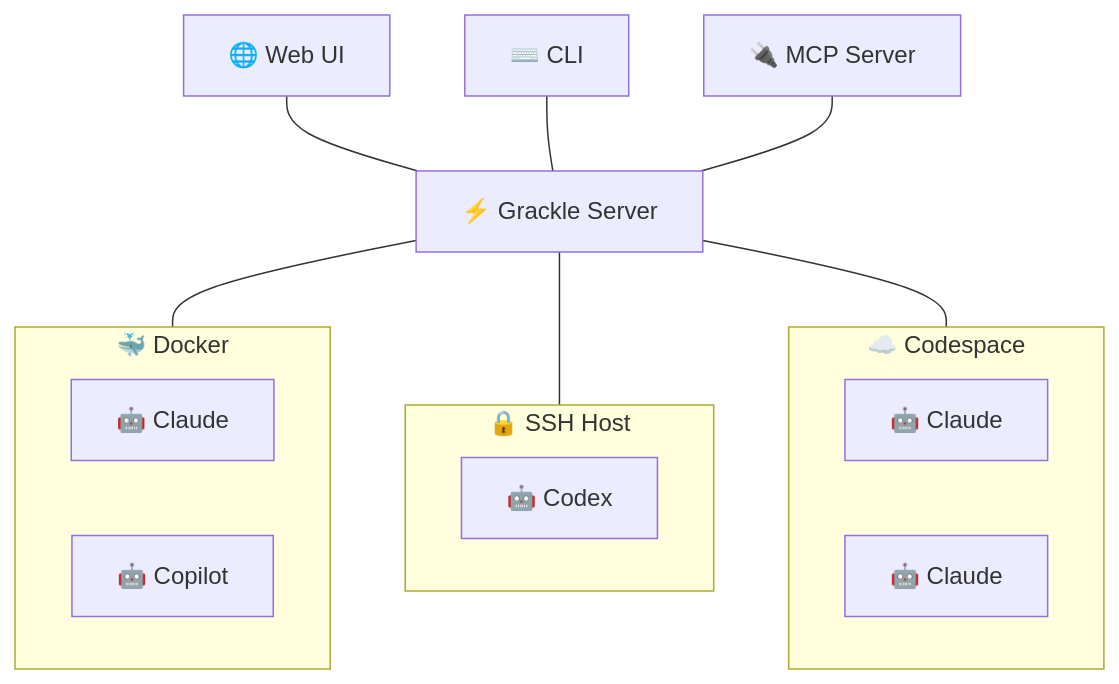
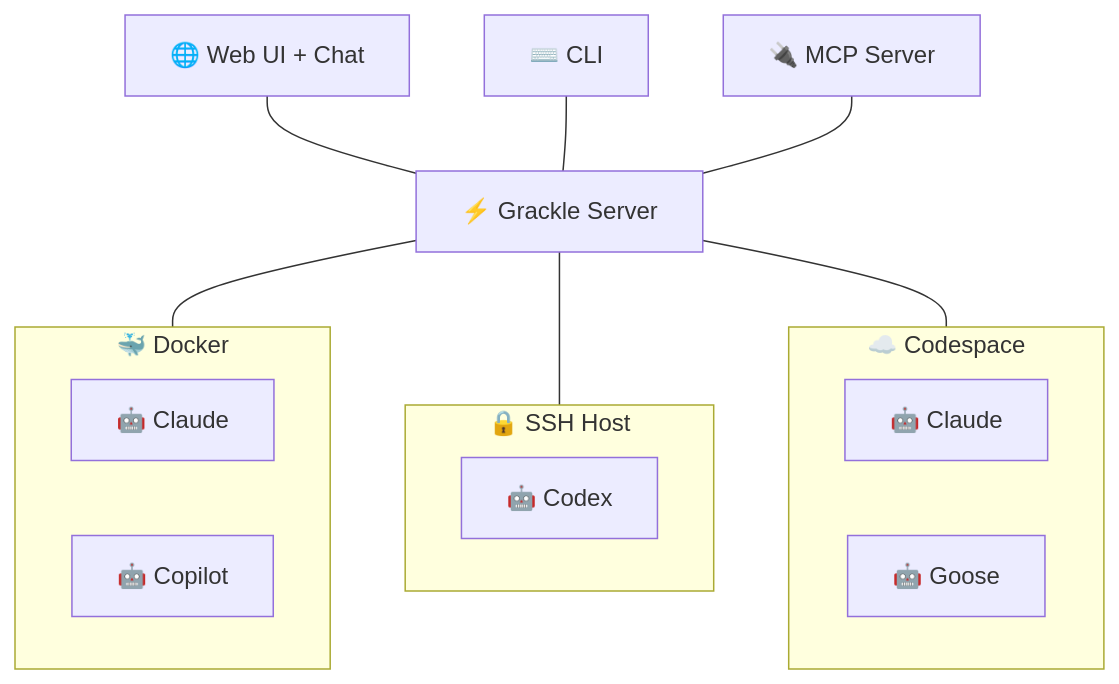
One commit to nick-pape/grackle changed the diagram in apps/docs-site/docs/intro.md. Above: the diagram before and after it, drawn with Mermaid. The commit also changed other lines of this file and 22 other files, not shown here.

````diff
--- a/apps/docs-site/docs/intro.md
+++ b/apps/docs-site/docs/intro.md
@@ -42,21 +36,21 @@
 ```mermaid
 graph TD
-    UI["🌐 Web UI"]
+    UI["🌐 Web UI + Chat"]
     CLI["⌨️ CLI"]
     MCP["🔌 MCP Server"]
     UI & CLI & MCP --- S["⚡ Grackle Server"]
 
     subgraph D1["🐳 Docker"]
         D1A["🤖 Claude"] & D1B["🤖 Copilot"]
     end
 
     subgraph SSH["🔒 SSH Host"]
         S1A["🤖 Codex"]
     end
 
     subgraph CS["☁️ Codespace"]
-        CS1A["🤖 Claude"] & CS1B["🤖 Claude"]
+        CS1A["🤖 Claude"] & CS1B["🤖 Goose"]
     end
 
     S --- D1 & SSH & CS
 ```
````
